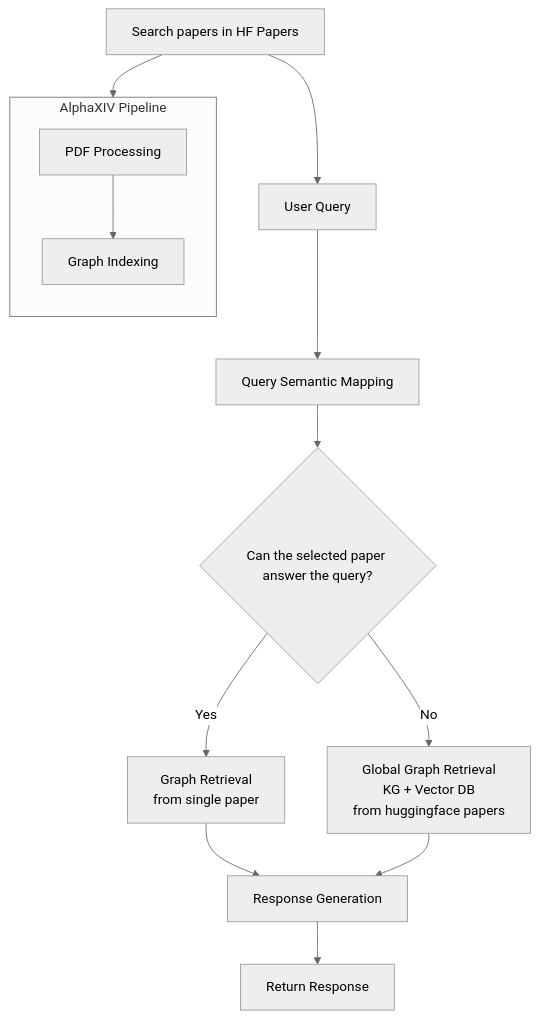
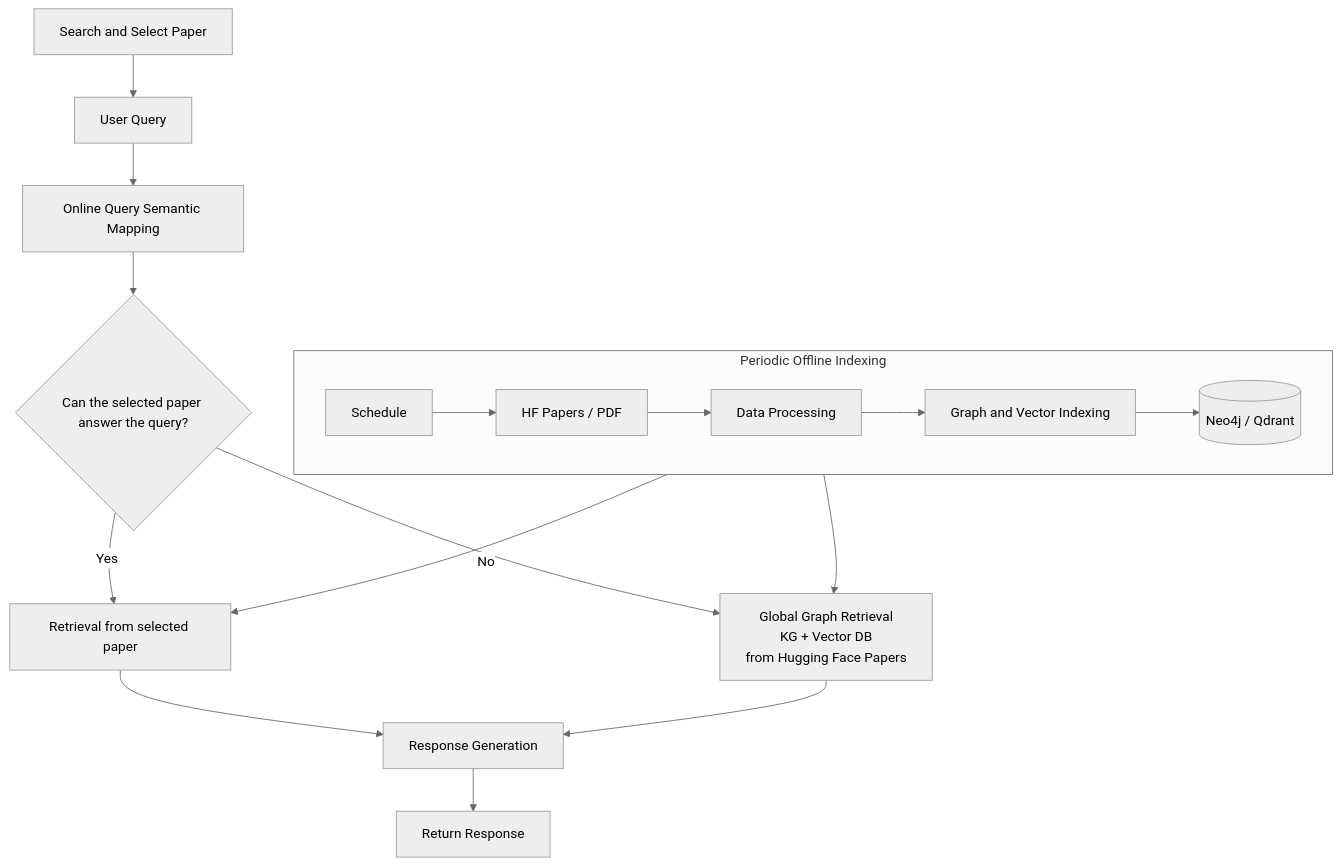
The diagram in docs/PROJECT_SPEC.md (linkmind-ai/linkpaper), drawn with Mermaid (neutral theme) before and after one commit. The commit also changed other lines of this file and 3 other files, not shown here.

````diff
--- a/docs/PROJECT_SPEC.md
+++ b/docs/PROJECT_SPEC.md
@@ -20,36 +20,31 @@
 ```mermaid
 graph TD
-    A[Search papers in HF Papers]
-
-    subgraph "AlphaXIV Pipeline"
-        direction TB
-        B[PDF Processing]
-        C[Graph Indexing]
+    subgraph "Periodic Offline Indexing"
+        direction LR
+        S[Schedule] --> H[HF Papers / PDF]
+        H --> P[Data Processing]
+        P --> C[Graph and Vector Indexing]
+        C --> DB[(Neo4j / Qdrant)]
     end
 
-    A --> B
-    B --> C
-
-    D[User Query]
-    A --> D
-
-    E[Query Semantic Mapping]
-    D --> E
-    C
+    A[Search and Select Paper] --> D[User Query]
+    D --> E[Online Query Semantic Mapping]
 
     F{Can the selected paper answer the query?}
     E --> F
 
-    G[Graph Retrieval<br/> from single paper]
+    G[Retrieval from selected paper]
     F -->|Yes| G
 
-    H["Global Graph Retrieval<br/>KG + Vector DB<br/> from huggingface papers"]
-    F -->|No| H
+    R["Global Graph Retrieval<br/>KG + Vector DB<br/> from Hugging Face Papers"]
+    F -->|No| R
 
     I[Response Generation]
     G --> I
-    H --> I
+    R --> I
+    DB --> G
+    DB --> R
 
     J[Return Response]
     I --> J
 ```
````
